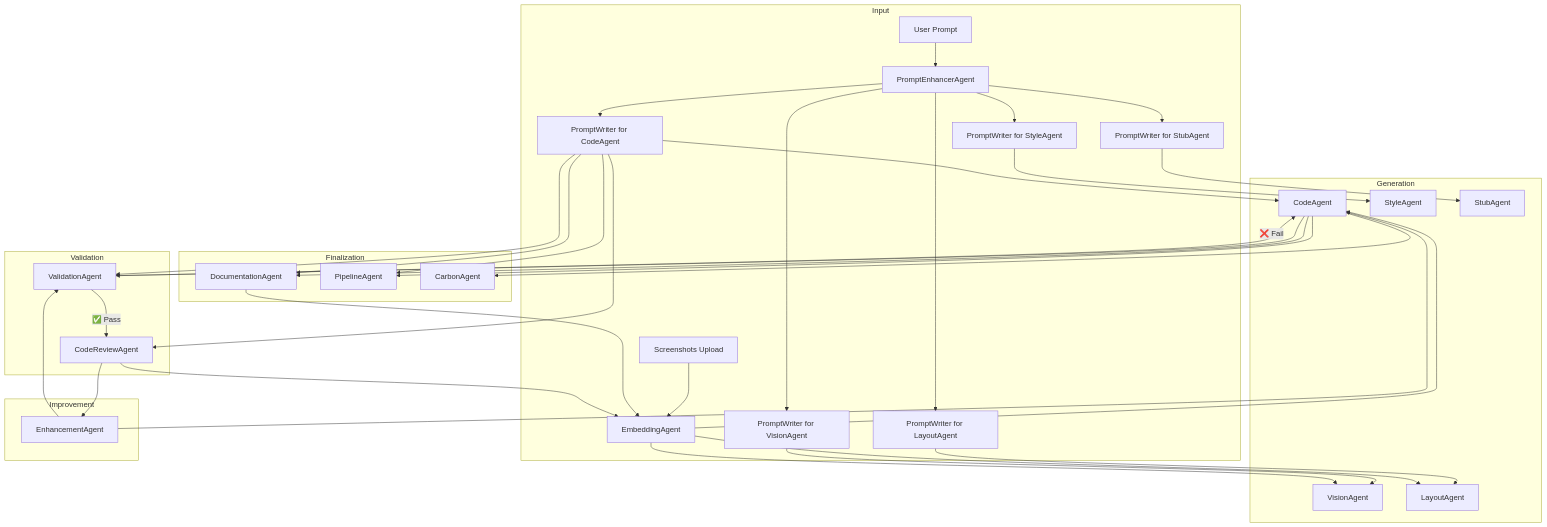
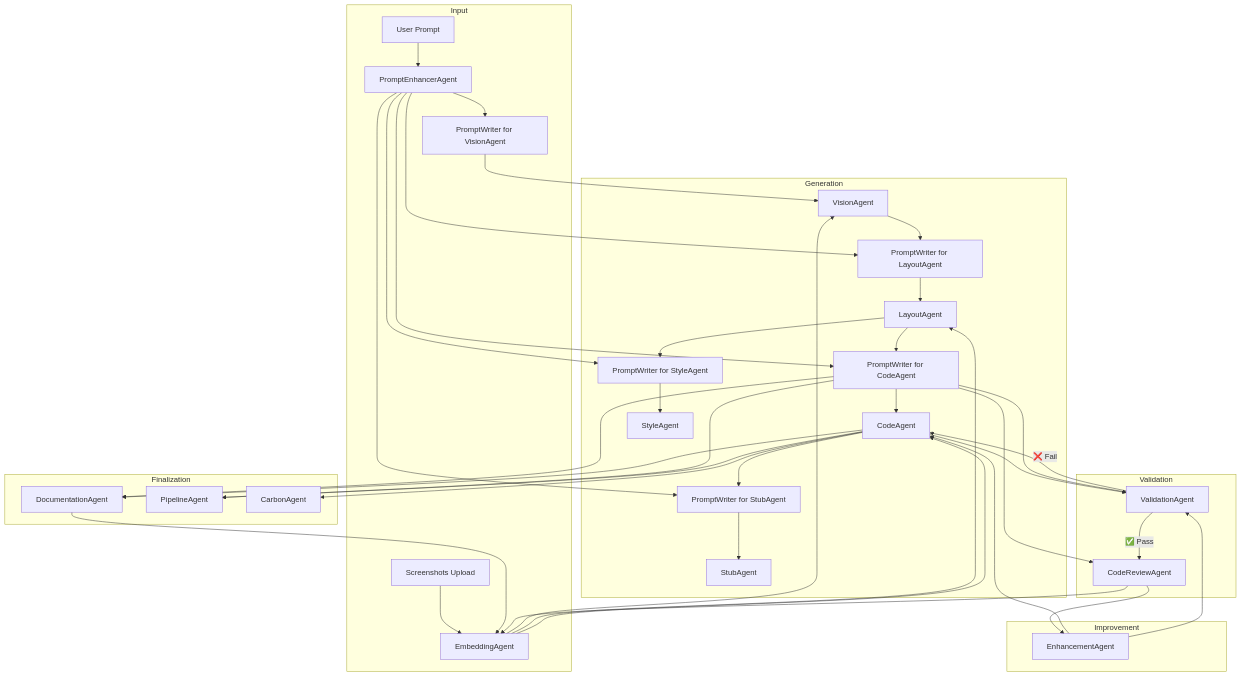
Before and after one commit to bhattkirtan/code-terminator: the diagram in AI_DevOps_Agent_Platform_README.md, drawn with Mermaid. The commit also changed other lines of this file, not shown here.

````diff
--- a/AI_DevOps_Agent_Platform_README.md
+++ b/AI_DevOps_Agent_Platform_README.md
@@ -5,51 +25,55 @@
 ```mermaid
 flowchart TD
     subgraph Input
         A[User Prompt] --> M[PromptEnhancerAgent]
         M --> PW1[PromptWriter for VisionAgent]
-        M --> PW2[PromptWriter for LayoutAgent]
-        M --> PW3[PromptWriter for CodeAgent]
-        M --> PW4[PromptWriter for StyleAgent]
-        M --> PW5[PromptWriter for StubAgent]
         A1[Screenshots Upload] --> N[EmbeddingAgent]
     end
 
     subgraph Generation
         PW1 --> B[VisionAgent]
+        M --> PW2[PromptWriter for LayoutAgent]
+        B --> PW2
         PW2 --> C[LayoutAgent]
+        M --> PW3[PromptWriter for CodeAgent]
+        C --> PW3
         PW3 --> D[CodeAgent]
+        M --> PW4[PromptWriter for StyleAgent]
+        C --> PW4
         PW4 --> E[StyleAgent]
+        M --> PW5[PromptWriter for StubAgent]
+        D --> PW5
         PW5 --> F[StubAgent]
     end
 
     subgraph Validation
         D --> G[ValidationAgent]
         PW3 --> G
         G -->|✅ Pass| H[CodeReviewAgent]
         G -->|❌ Fail| D
     end
 
     subgraph Improvement
         PW3 --> H[CodeReviewAgent]
         H --> I[EnhancementAgent]
         I --> D
     end
 
     subgraph Finalization
         PW3 --> J[DocumentationAgent]
         PW3 --> K[PipelineAgent]
         D --> J
         D --> K
         D --> L[CarbonAgent]
     end
 
     %% Embedding Agent informs core stages
     N --> B
     N --> C
     N --> D
     J --> N
     H --> N
 
     %% Feedback Loop (Self-Healing Build)
     I --> G
 ```
````
